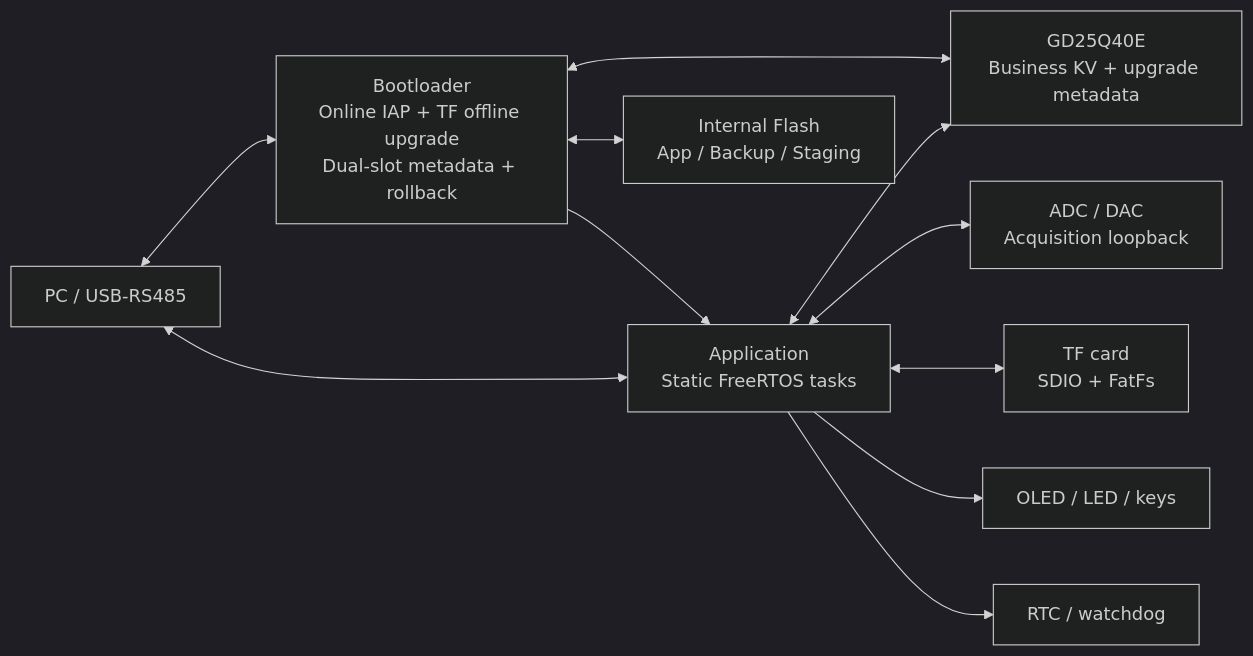
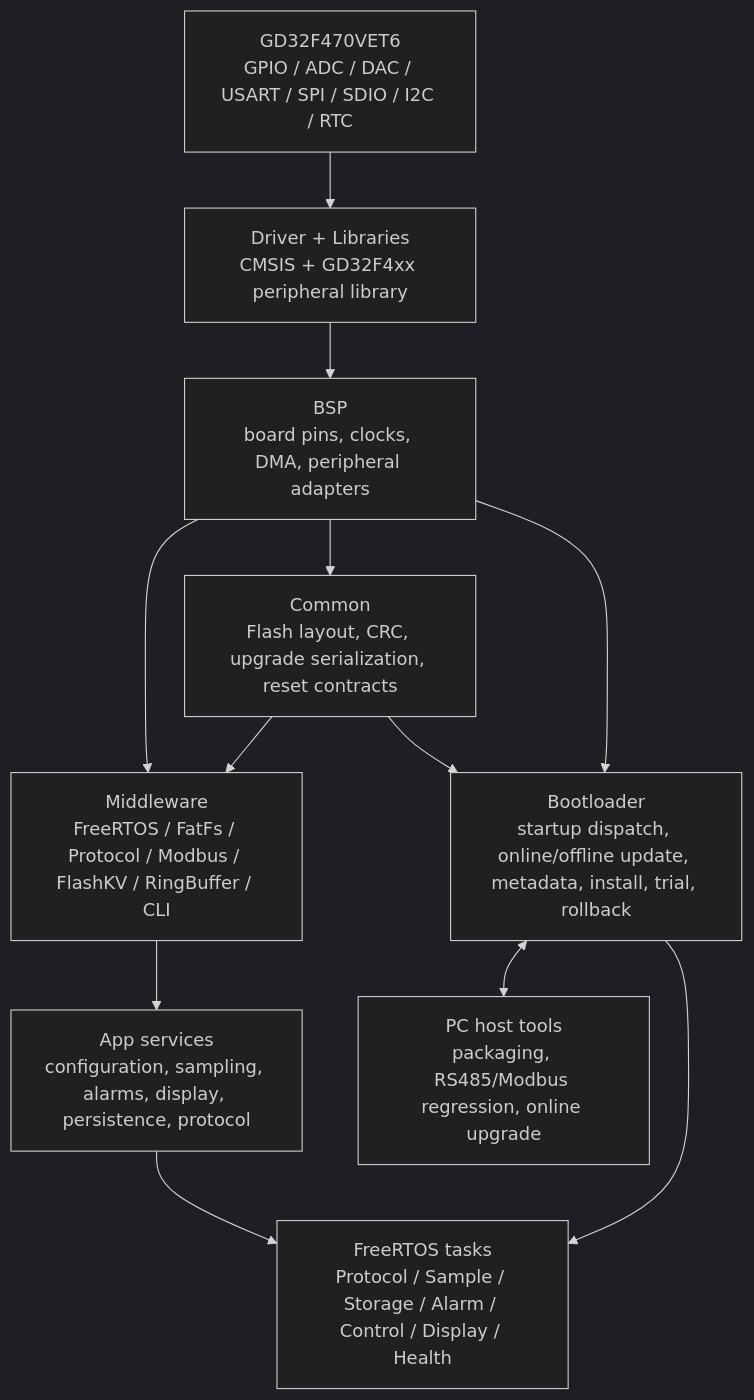
One commit to TheMIrddddddddd/EmbeddedSystem changed the first of 2 diagrams in README_EN.md. Above: the diagram before and after it, drawn with Mermaid (dark theme). The commit also changed other lines of this file and 1 other file, not shown here.

```diff
--- a/README_EN.md
+++ b/README_EN.md
@@ -42,23 +35,22 @@
 ~~~mermaid
-flowchart LR
-    HOST["PC / USB-RS485"]
-    BOOT["Bootloader<br/>Online IAP + TF offline upgrade<br/>Dual-slot metadata + rollback"]
-    APP["Application<br/>Static FreeRTOS tasks"]
-    META["GD25Q40E<br/>Business KV + upgrade metadata"]
-    FLASH["Internal Flash<br/>App / Backup / Staging"]
-    TF["TF card<br/>SDIO + FatFs"]
-    ADC["ADC / DAC<br/>Acquisition loopback"]
-    OLED["OLED / LED / keys"]
-    RTC["RTC / watchdog"]
+flowchart TB
+    HW["GD32F470VET6<br/>GPIO / ADC / DAC / USART / SPI / SDIO / I2C / RTC"]
+    VENDOR["Driver + Libraries<br/>CMSIS + GD32F4xx peripheral library"]
+    BSP["BSP<br/>board pins, clocks, DMA, peripheral adapters"]
+    COMMON["Common<br/>Flash layout, CRC, upgrade serialization, reset contracts"]
+    MW["Middleware<br/>FreeRTOS / FatFs / Protocol / Modbus / FlashKV / RingBuffer / CLI"]
+    SERVICES["App services<br/>configuration, sampling, alarms, display, persistence, protocol"]
+    TASKS["FreeRTOS tasks<br/>Protocol / Sample / Storage / Alarm / Control / Display / Health"]
+    BOOT["Bootloader<br/>startup dispatch, online/offline update, metadata, install, trial, rollback"]
+    HOST["PC host tools<br/>packaging, RS485/Modbus regression, online upgrade"]
 
-    HOST <--> BOOT
-    BOOT <--> META
-    BOOT <--> FLASH
-    BOOT --> APP
-    APP <--> HOST
-    APP <--> ADC
-    APP <--> TF
-    APP <--> META
-    APP --> OLED
-    APP --> RTC
+    HW --> VENDOR --> BSP
+    BSP --> COMMON
+    BSP --> MW
+    COMMON --> MW
+    MW --> SERVICES --> TASKS
+    COMMON --> BOOT
+    BSP --> BOOT
+    BOOT <--> HOST
+    BOOT --> TASKS
 ~~~
```
